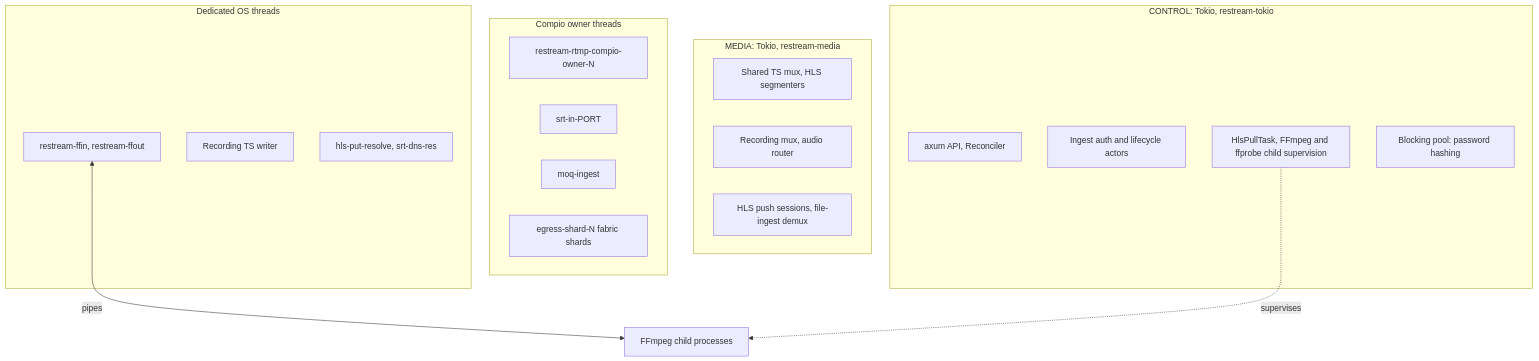
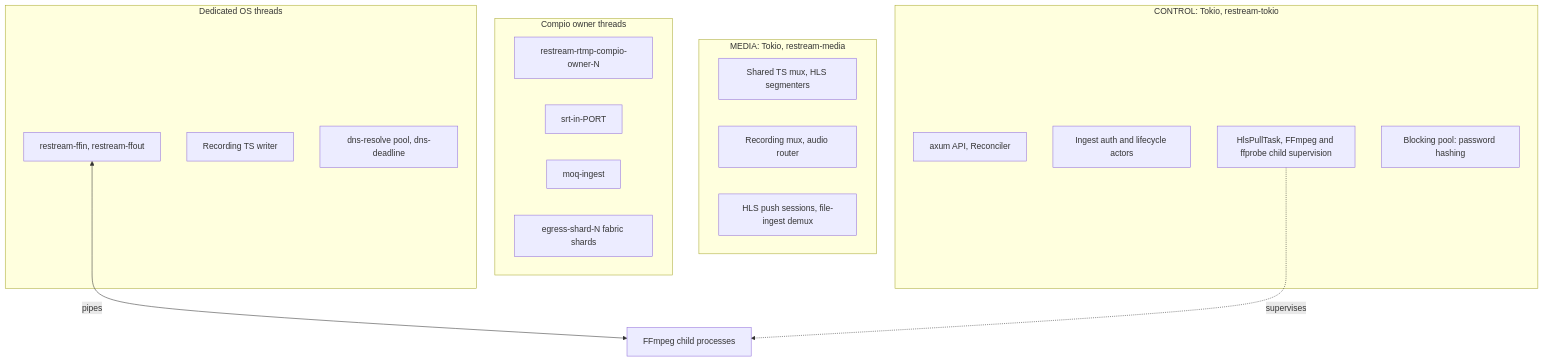
The fourth of 7 diagrams in docs/architecture.md (krsna1729/restream), drawn with Mermaid before and after one commit. The commit also changed other lines of this file and 51 other files, not shown here.

````diff
--- a/docs/architecture.md
+++ b/docs/architecture.md
@@ -254,28 +254,28 @@
 ```mermaid
 flowchart TD
     subgraph Control["CONTROL: Tokio, restream-tokio"]
         C1["axum API, Reconciler"]
         C2["Ingest auth and lifecycle actors"]
         C3["HlsPullTask, FFmpeg and ffprobe child supervision"]
         C4["Blocking pool: password hashing"]
     end
     subgraph Media["MEDIA: Tokio, restream-media"]
         M1["Shared TS mux, HLS segmenters"]
         M2["Recording mux, audio router"]
         M3["HLS push sessions, file-ingest demux"]
     end
     subgraph Compio["Compio owner threads"]
         O1["restream-rtmp-compio-owner-N"]
         O2["srt-in-PORT"]
         O3["moq-ingest"]
         O4["egress-shard-N fabric shards"]
     end
     subgraph Os["Dedicated OS threads"]
         T1["restream-ffin, restream-ffout"]
         T2["Recording TS writer"]
-        T3["hls-put-resolve, srt-dns-res"]
+        T3["dns-resolve pool, dns-deadline"]
     end
     Child["FFmpeg child processes"]
     T1 <-->|pipes| Child
     C3 -.->|supervises| Child
 ```
````
